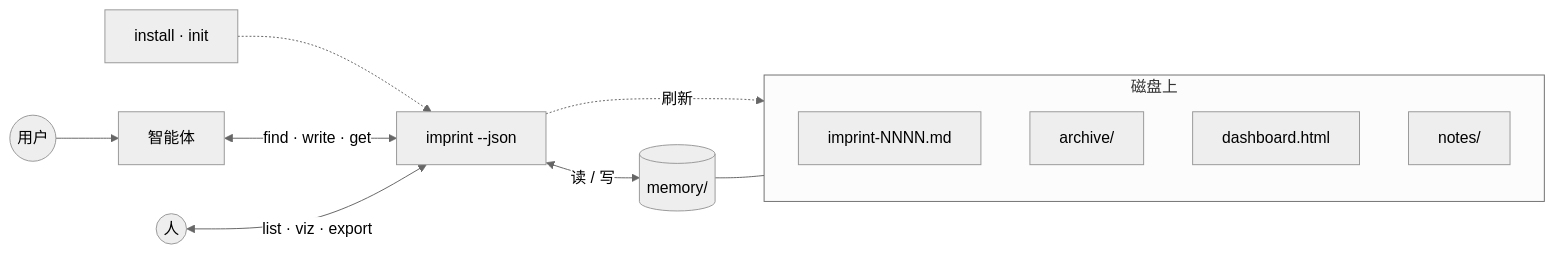
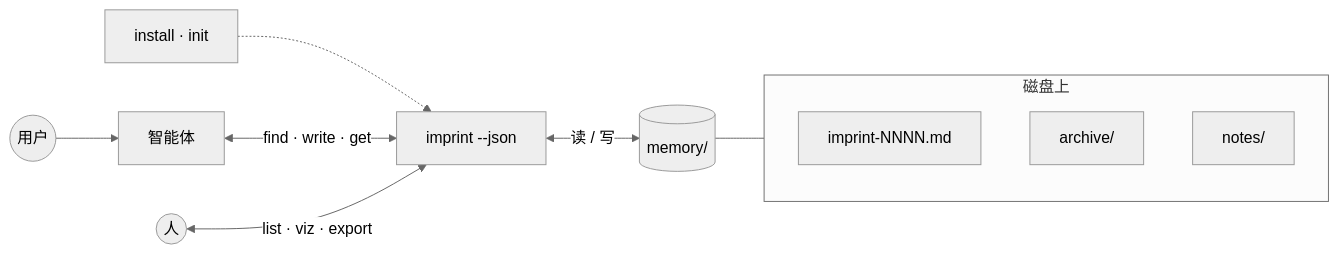
Before and after one commit to SteamedBread2333/imprint: the first of 2 diagrams in README.zh.md, drawn with Mermaid (neutral theme). The commit also changed other lines of this file and 28 other files, not shown here.

````diff
--- a/README.zh.md
+++ b/README.zh.md
@@ -46,24 +41,21 @@
 ```mermaid
 flowchart LR
   Setup["install · init"] -.-> CLI
 
   User((用户)) --> Agent[智能体]
   Human((人))
 
   Agent <-->|find · write · get| CLI["imprint --json"]
   Human <-->|list · viz · export| CLI
 
   CLI <-->|读 / 写| Vault[(memory/)]
 
   Vault --- Disk
 
   subgraph Disk["磁盘上"]
     direction TB
     Shards[imprint-NNNN.md]
     Archive[archive/]
-    Dash[dashboard.html]
     Notes[notes/]
   end
-
-  CLI -.->|刷新| Dash
 ```
````
